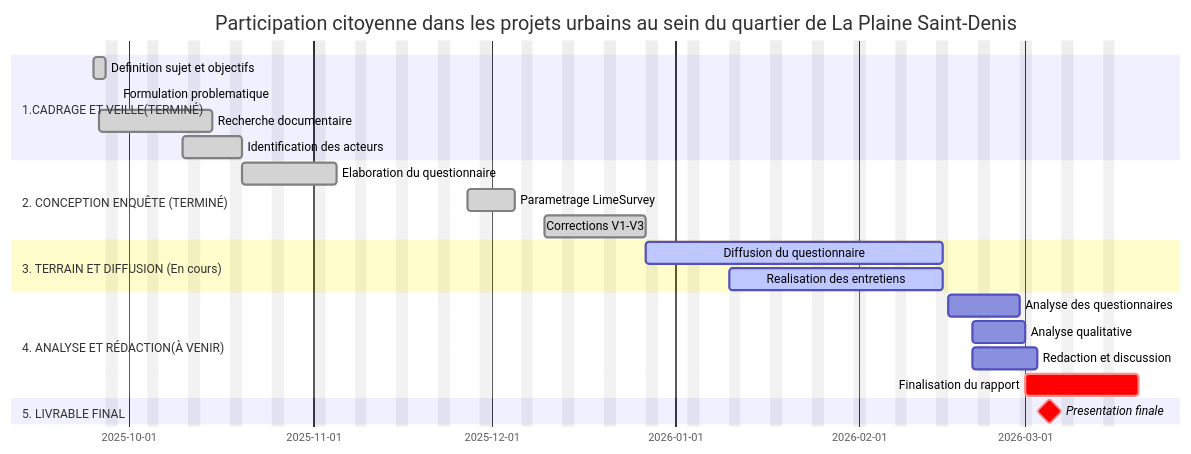
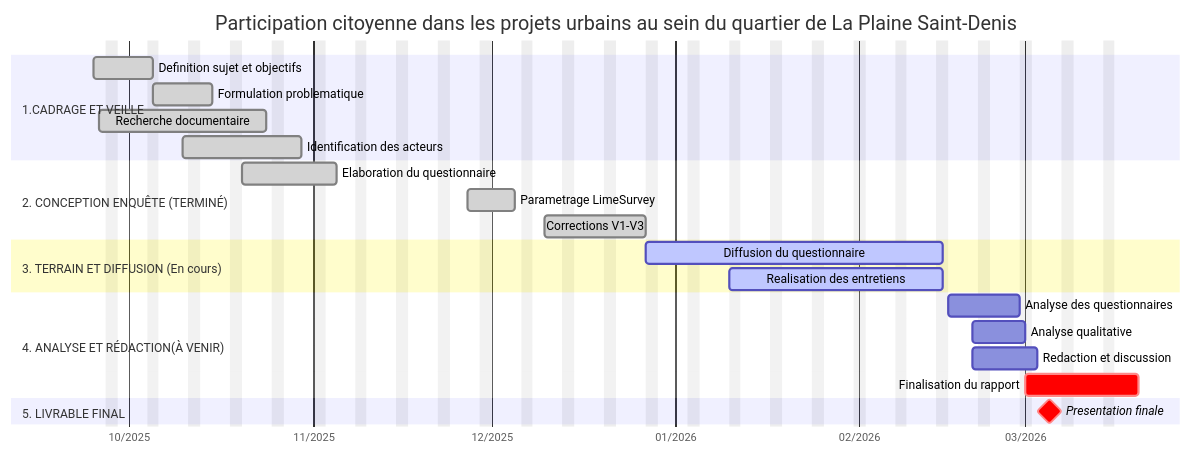
The diagram in etatAvancement.md (kahiarchi/LeBatiment_PlaineSaintDenis), drawn with Mermaid before and after one commit.

Commit message:
Revise dates in CADRAGE ET VEILLE section
Updated the timeline for the CADRAGE ET VEILLE section.

````diff
--- a/etatAvancement.md
+++ b/etatAvancement.md
@@ -1,30 +1,31 @@
 ```mermaid
 gantt
     dateFormat  YYYY-MM-DD
     title Participation citoyenne dans les projets urbains au sein du quartier de La Plaine Saint-Denis
+    axisFormat  %m/%Y
     excludes weekends
 
-    section 1.CADRAGE ET VEILLE(TERMINÉ)
-    Definition sujet et objectifs    :done, t1, 2025-09-25, 2025-09-27
-    Formulation problematique        :done, t2, 2025-09-29, 2025-09-29
-    Recherche documentaire           :done, t3, 2025-09-26, 2025-10-15
-    Identification des acteurs       :done, t6, 2025-10-10, 2025-10-20
+    section 1.CADRAGE ET VEILLE
+    Definition sujet et objectifs    :done, t1, 2025-09-25, 2025-10-05
+    Formulation problematique        :done, t2, 2025-10-05, 2025-10-15
+    Recherche documentaire           :done, t3, 2025-09-26, 2025-10-24
+    Identification des acteurs       :done, t6, 2025-10-10, 2025-10-30
 
     section 2. CONCEPTION ENQUÊTE (TERMINÉ)
     Elaboration du questionnaire     :done, t7, 2025-10-20, 2025-11-05
     Parametrage LimeSurvey           :done, t8, 2025-11-27, 2025-12-05
     Corrections V1-V3                :done, t9, 2025-12-10, 2025-12-27
 
     section 3. TERRAIN ET DIFFUSION (En cours)
     Diffusion du questionnaire       :active, t12, 2025-12-27, 2026-02-15
     Realisation des entretiens       :active, t15, 2026-01-10, 2026-02-15
 
     section 4. ANALYSE ET RÉDACTION(À VENIR)
     Analyse des questionnaires       :t16, 2026-02-16, 2026-02-28
     Analyse qualitative              :t17, 2026-02-20, 2026-03-01
     Redaction et discussion          :t18, 2026-02-20, 2026-03-03
     Finalisation du rapport          :crit, t19, 2026-03-01, 2026-03-20
 
     section 5. LIVRABLE FINAL
     Presentation finale              :crit, milestone, 2026-03-05, 0d
 ```
````
